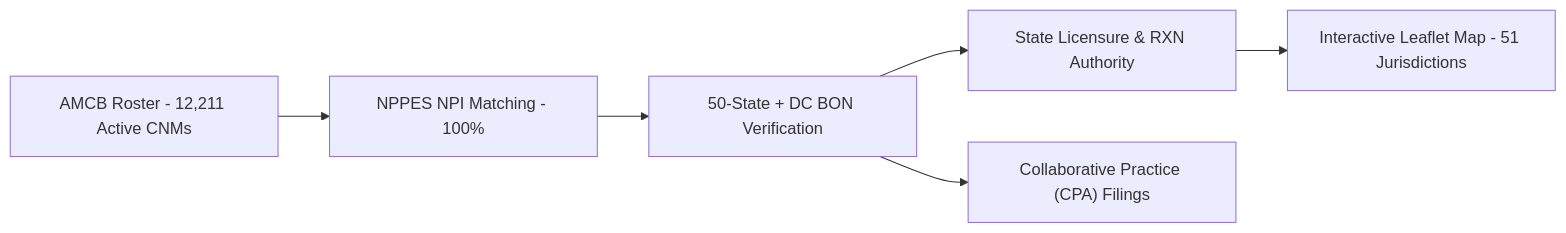
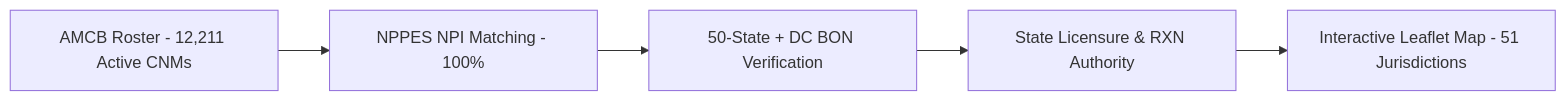
Before and after one commit to mufflyt/midwifery: the first of 5 diagrams in README.md, drawn with Mermaid. The commit also changed other lines of this file and 2 other files, not shown here.

````diff
--- a/README.md
+++ b/README.md
@@ -17,8 +17,7 @@
 ```mermaid
 flowchart LR
   A["AMCB Roster - 12,211 Active CNMs"] --> B["NPPES NPI Matching - 100%"]
   B --> C["50-State + DC BON Verification"]
   C --> D["State Licensure & RXN Authority"]
-  C --> E["Collaborative Practice (CPA) Filings"]
   D --> F["Interactive Leaflet Map - 51 Jurisdictions"]
 ```
````
